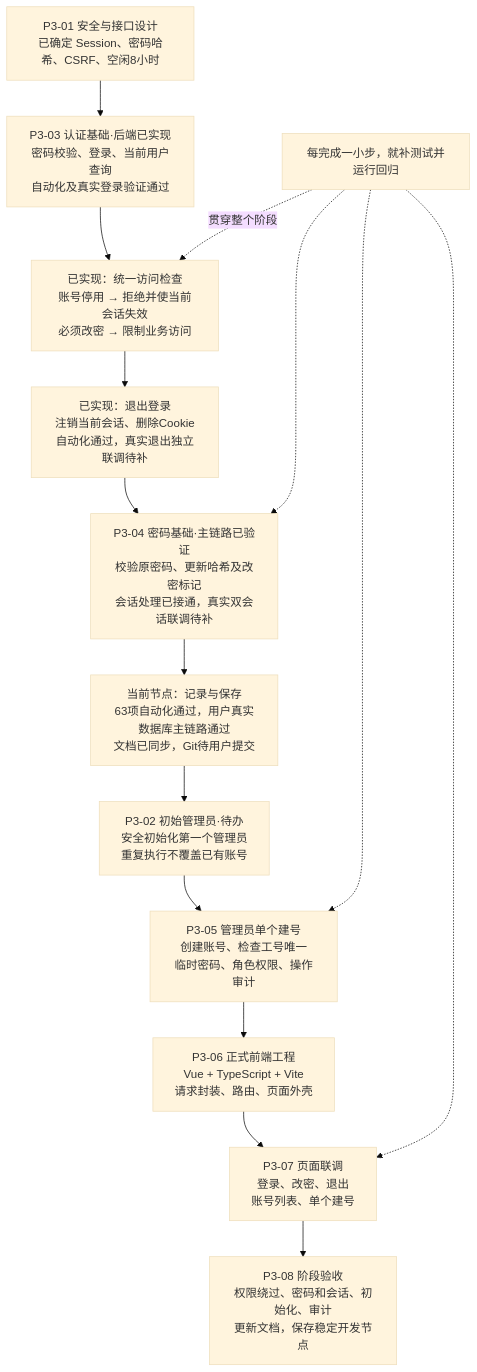
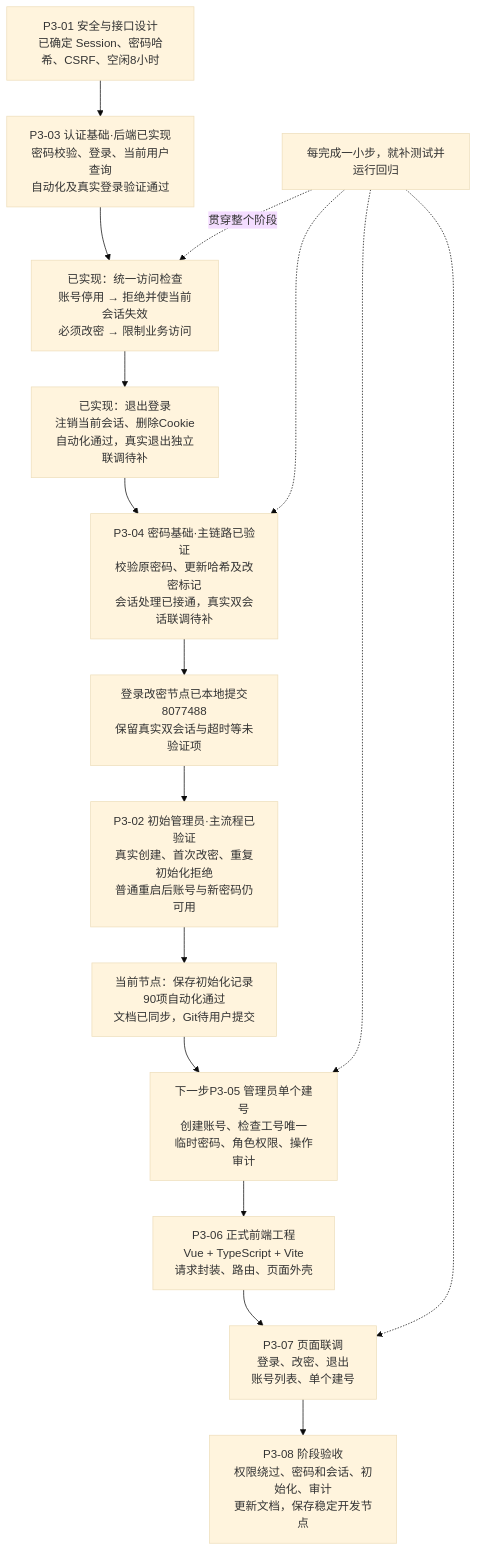
One commit to Luoyu-Byte/it-ticket-system-agent changed the first of 2 diagrams in V1开发文档/P3登录流程图/P3开发流程与登录业务链路.md. Above: the diagram before and after it, drawn with Mermaid (base theme). The commit also changed other lines of this file and 9 other files, not shown here.

````diff
--- a/V1开发文档/P3登录流程图/P3开发流程与登录业务链路.md
+++ b/V1开发文档/P3登录流程图/P3开发流程与登录业务链路.md
@@ -13,19 +13,20 @@
 ```mermaid
 flowchart TD
     A["P3-01 安全与接口设计<br/>已确定 Session、密码哈希、CSRF、空闲8小时"]
     --> B["P3-03 认证基础·后端已实现<br/>密码校验、登录、当前用户查询<br/>自动化及真实登录验证通过"]
     B --> C["已实现：统一访问检查<br/>账号停用 → 拒绝并使当前会话失效<br/>必须改密 → 限制业务访问"]
     C --> D["已实现：退出登录<br/>注销当前会话、删除Cookie<br/>自动化通过，真实退出独立联调待补"]
     D --> E["P3-04 密码基础·主链路已验证<br/>校验原密码、更新哈希及改密标记<br/>会话处理已接通，真实双会话联调待补"]
-    E --> SAVE["当前节点：记录与保存<br/>63项自动化通过，用户真实数据库主链路通过<br/>文档已同步，Git待用户提交"]
-    SAVE --> F["P3-02 初始管理员·待办<br/>安全初始化第一个管理员<br/>重复执行不覆盖已有账号"]
-    F --> G["P3-05 管理员单个建号<br/>创建账号、检查工号唯一<br/>临时密码、角色权限、操作审计"]
+    E --> SAVE["登录改密节点已本地提交8077488<br/>保留真实双会话与超时等未验证项"]
+    SAVE --> F["P3-02 初始管理员·主流程已验证<br/>真实创建、首次改密、重复初始化拒绝<br/>普通重启后账号与新密码仍可用"]
+    F --> INIT_SAVE["当前节点：保存初始化记录<br/>90项自动化通过<br/>文档已同步，Git待用户提交"]
+    INIT_SAVE --> G["下一步P3-05 管理员单个建号<br/>创建账号、检查工号唯一<br/>临时密码、角色权限、操作审计"]
     G --> H["P3-06 正式前端工程<br/>Vue + TypeScript + Vite<br/>请求封装、路由、页面外壳"]
     H --> I["P3-07 页面联调<br/>登录、改密、退出<br/>账号列表、单个建号"]
     I --> J["P3-08 阶段验收<br/>权限绕过、密码和会话、初始化、审计<br/>更新文档，保存稳定开发节点"]
     T["每完成一小步，就补测试并运行回归"]
     T -.贯穿整个阶段.-> C
     T -.-> E
     T -.-> G
     T -.-> I
 ```
````
